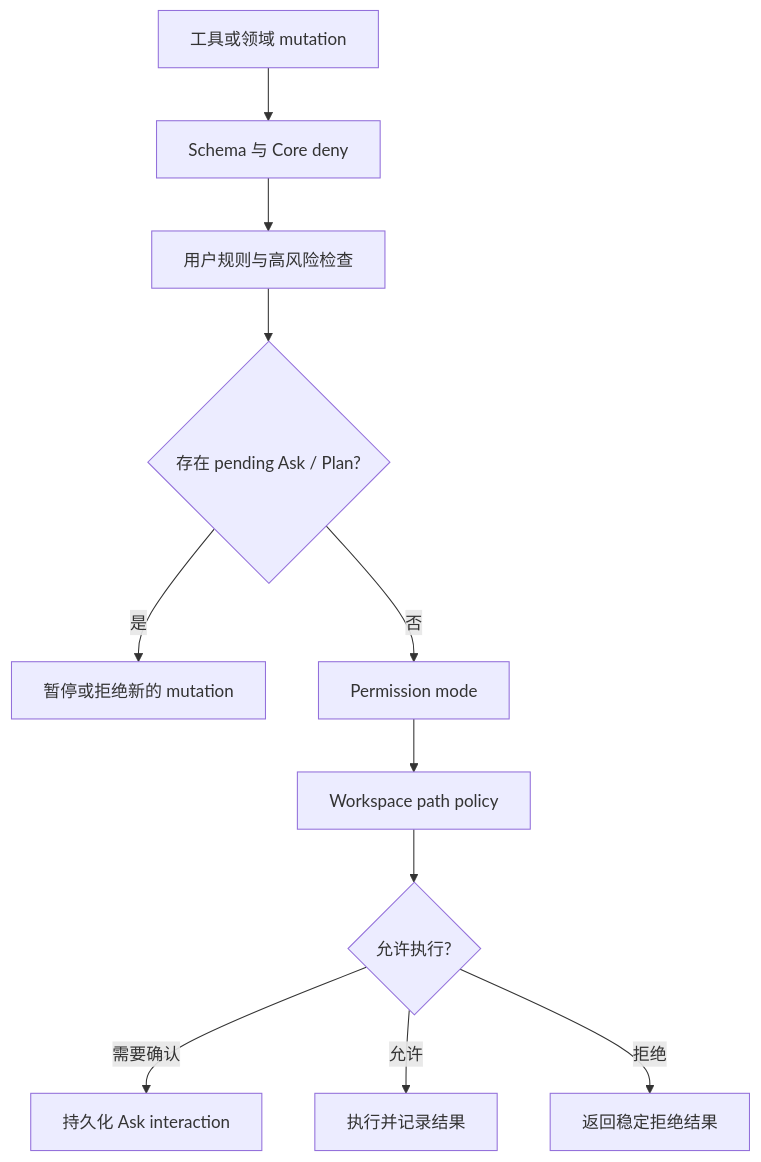
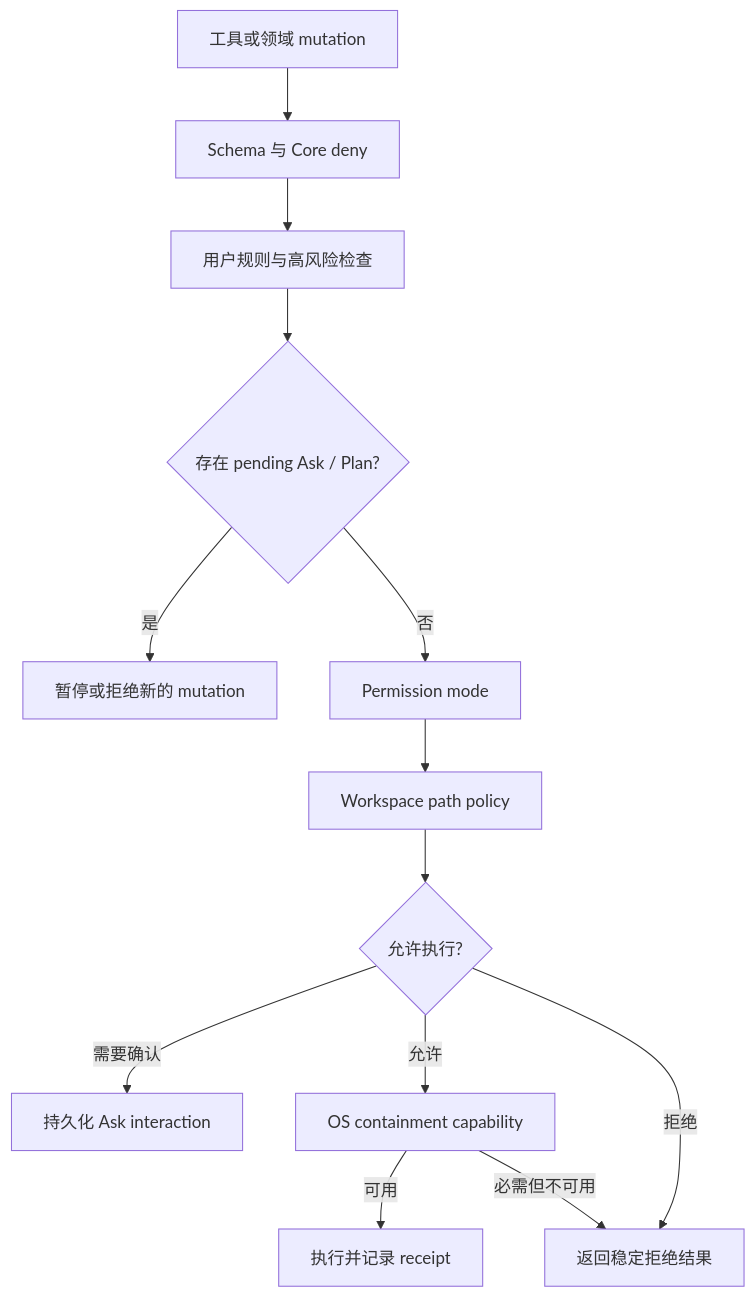
The diagram in docs/architecture/control-and-permissions.md (TheSyart/emperor-agent), drawn with Mermaid before and after one commit. The commit also changed other lines of this file and 316 other files, not shown here.

````diff
--- a/docs/architecture/control-and-permissions.md
+++ b/docs/architecture/control-and-permissions.md
@@ -22,13 +22,15 @@
 ```mermaid
 flowchart TD
   Request["工具或领域 mutation"] --> Schema["Schema 与 Core deny"]
   Schema --> Rules["用户规则与高风险检查"]
   Rules --> Pending{"存在 pending Ask / Plan?"}
   Pending -->|"是"| Block["暂停或拒绝新的 mutation"]
   Pending -->|"否"| Mode["Permission mode"]
   Mode --> Workspace["Workspace path policy"]
   Workspace --> Decision{"允许执行?"}
   Decision -->|"需要确认"| Ask["持久化 Ask interaction"]
-  Decision -->|"允许"| Execute["执行并记录结果"]
+  Decision -->|"允许"| Containment["OS containment capability"]
+  Containment -->|"可用"| Execute["执行并记录 receipt"]
+  Containment -->|"必需但不可用"| Deny
   Decision -->|"拒绝"| Deny["返回稳定拒绝结果"]
 ```
````
